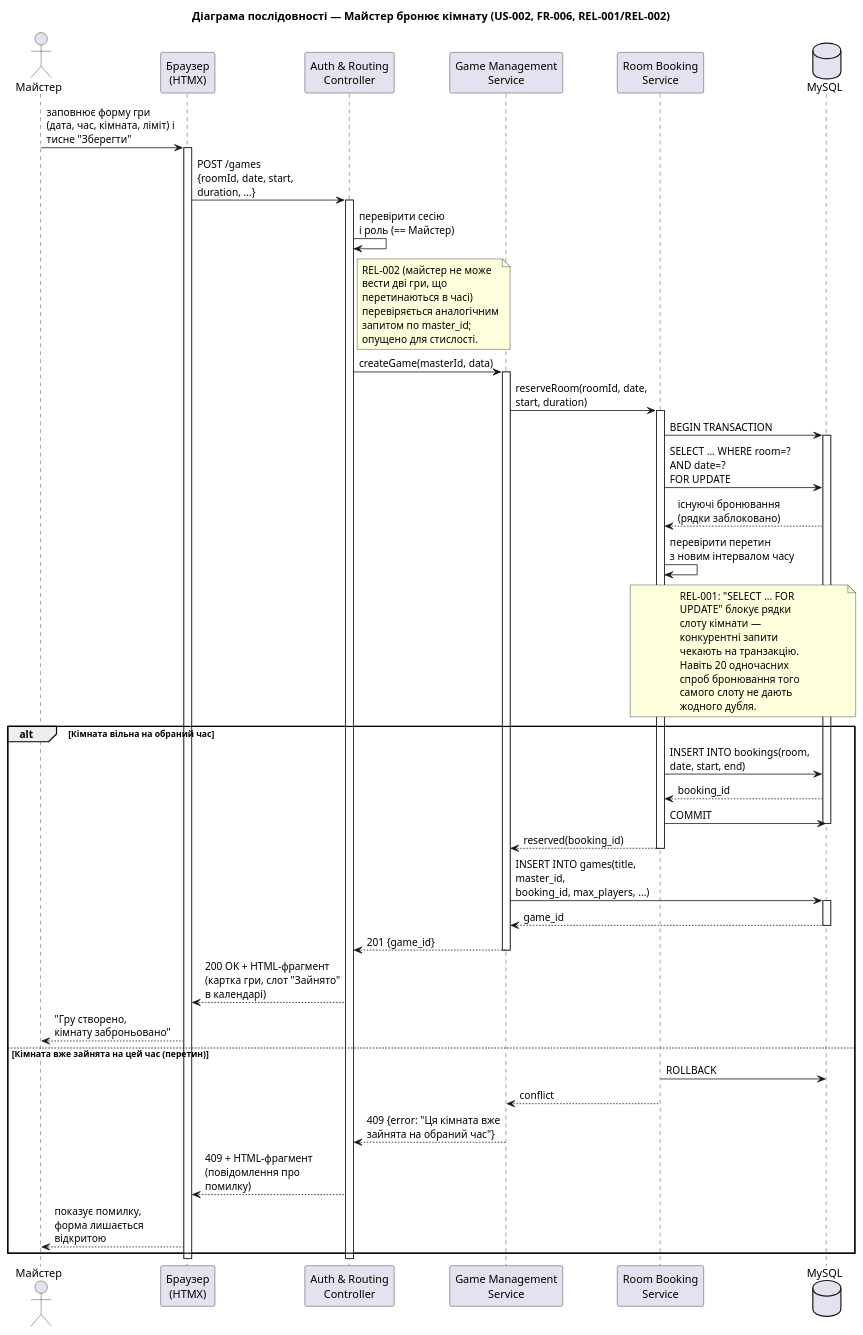
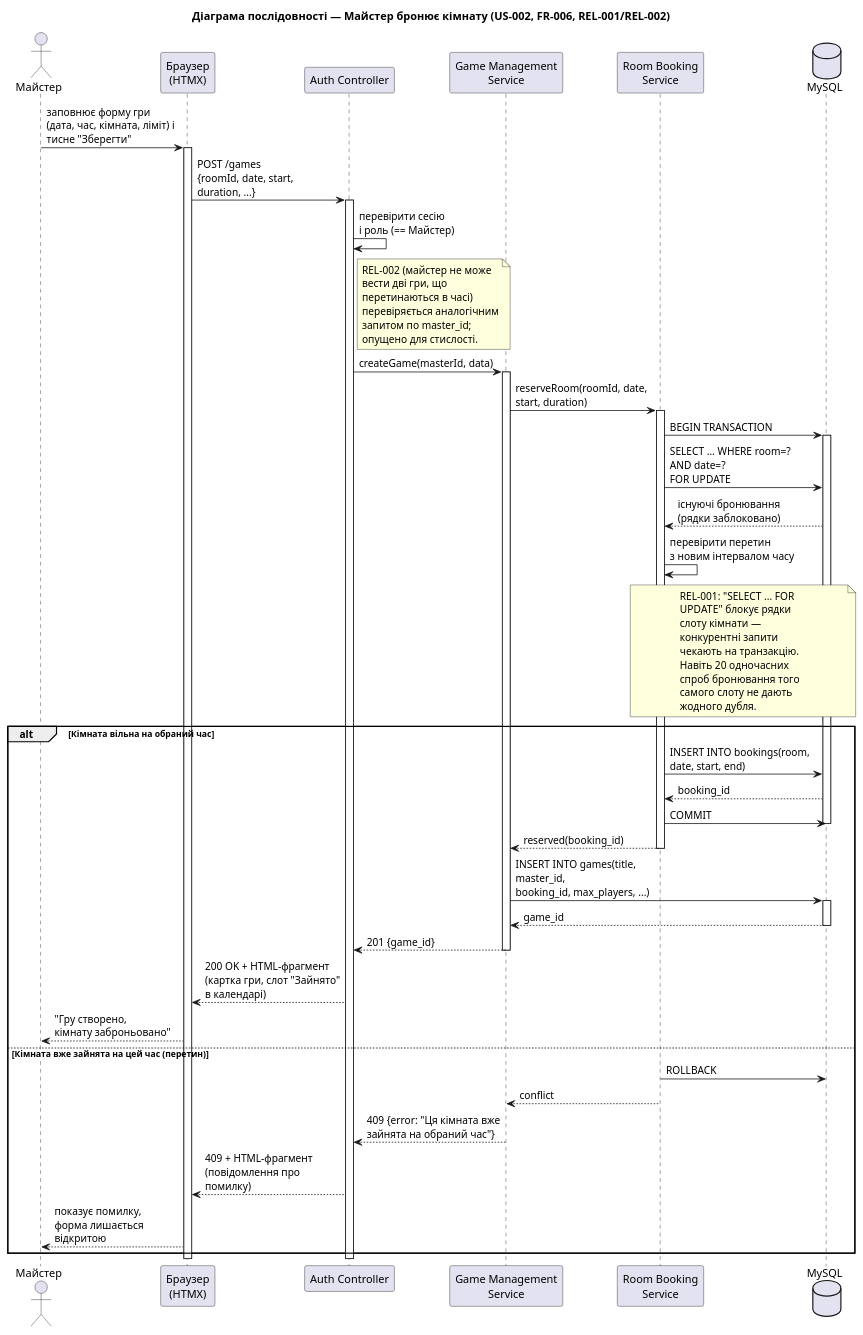
One commit to ukma-fin-ssdm-2026/vibecoders changed the diagram in docs/architecture/uml/sequence-diagram.puml. Above: the diagram before and after it, drawn with PlantUML. The commit also changed 1 other file, not shown here.

Commit message:
edit docs/architecture/uml

```diff
--- a/docs/architecture/uml/sequence-diagram.puml
+++ b/docs/architecture/uml/sequence-diagram.puml
@@ -1,78 +1,78 @@
 @startuml sequence-diagram
 skinparam wrapWidth 180
 skinparam maxMessageSize 180
 title Діаграма послідовності — Майстер бронює кімнату (US-002, FR-006, REL-001/REL-002)
 
 actor "Майстер" as GM
 participant "Браузер\n(HTMX)" as Browser
-participant "Auth & Routing\nController" as Router
+participant "Auth Controller" as Router
 participant "Game Management\nService" as GameSvc
 participant "Room Booking\nService" as BookingSvc
 database "MySQL" as DB
 
 GM -> Browser : заповнює форму гри\n(дата, час, кімната, ліміт) і тисне "Зберегти"
 activate Browser
 
 Browser -> Router : POST /games\n{roomId, date, start, duration, ...}
 activate Router
 
 Router -> Router : перевірити сесію\nі роль (== Майстер)
 
 note right of Router
   REL-002 (майстер не може вести дві гри, що
   перетинаються в часі) перевіряється аналогічним
   запитом по master_id; опущено для стислості.
 end note
 
 Router -> GameSvc : createGame(masterId, data)
 activate GameSvc
 
 GameSvc -> BookingSvc : reserveRoom(roomId, date, start, duration)
 activate BookingSvc
 
 BookingSvc -> DB : BEGIN TRANSACTION
 activate DB
 BookingSvc -> DB : SELECT ... WHERE room=? AND date=?\nFOR UPDATE
 DB --> BookingSvc : існуючі бронювання\n(рядки заблоковано)
 
 BookingSvc -> BookingSvc : перевірити перетин\nз новим інтервалом часу
 
 note over BookingSvc, DB
   REL-001: "SELECT ... FOR UPDATE" блокує рядки слоту кімнати —
   конкурентні запити чекають на транзакцію. Навіть 20 одночасних
   спроб бронювання того самого слоту не дають жодного дубля.
 end note
 
 alt Кімната вільна на обраний час
   BookingSvc -> DB : INSERT INTO bookings(room, date, start, end)
   DB --> BookingSvc : booking_id
   BookingSvc -> DB : COMMIT
   deactivate DB
   BookingSvc --> GameSvc : reserved(booking_id)
   deactivate BookingSvc
 
   GameSvc -> DB : INSERT INTO games(title, master_id,\nbooking_id, max_players, ...)
   activate DB
   DB --> GameSvc : game_id
   deactivate DB
   GameSvc --> Router : 201 {game_id}
   deactivate GameSvc
 
   Router --> Browser : 200 OK + HTML-фрагмент\n(картка гри, слот "Зайнято" в календарі)
   Browser --> GM : "Гру створено,\nкімнату заброньовано"
 
 else Кімната вже зайнята на цей час (перетин)
   BookingSvc -> DB : ROLLBACK
   deactivate DB
   BookingSvc --> GameSvc : conflict
   deactivate BookingSvc
   GameSvc --> Router : 409 {error: "Ця кімната вже\nзайнята на обраний час"}
   deactivate GameSvc
   Router --> Browser : 409 + HTML-фрагмент\n(повідомлення про помилку)
   Browser --> GM : показує помилку,\nформа лишається відкритою
 end
 
 deactivate Router
 deactivate Browser
 
 @enduml
```
